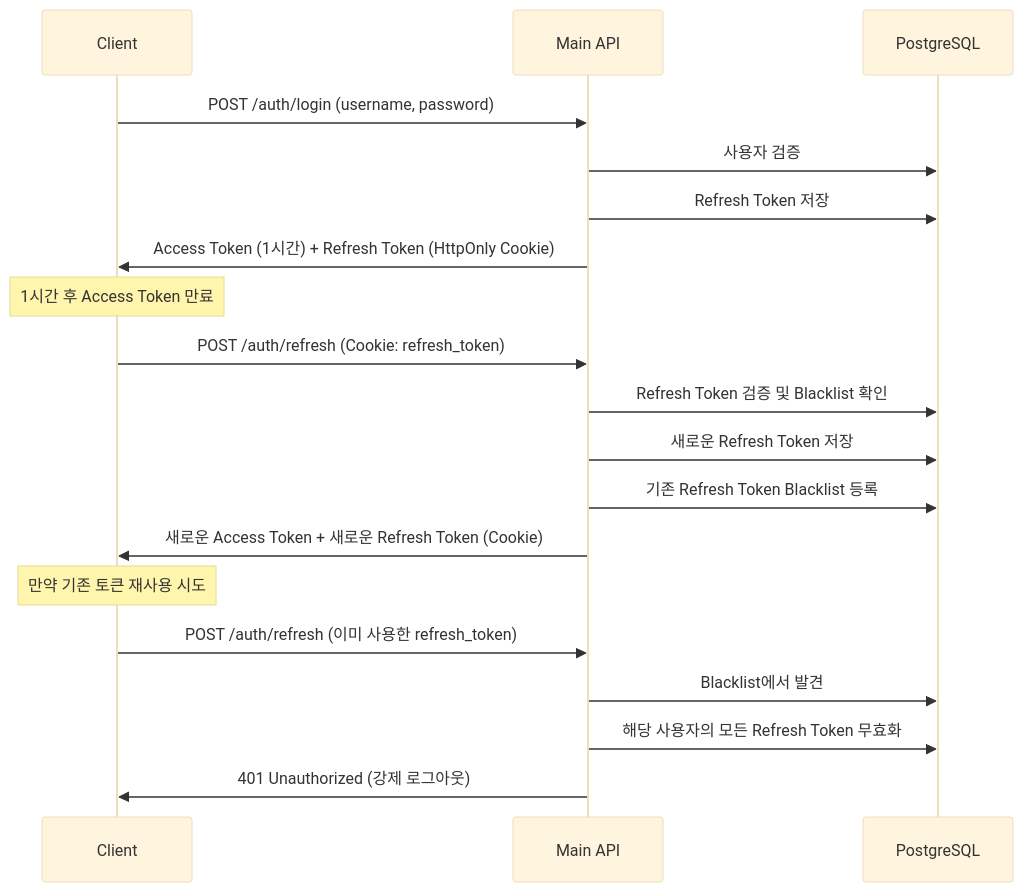
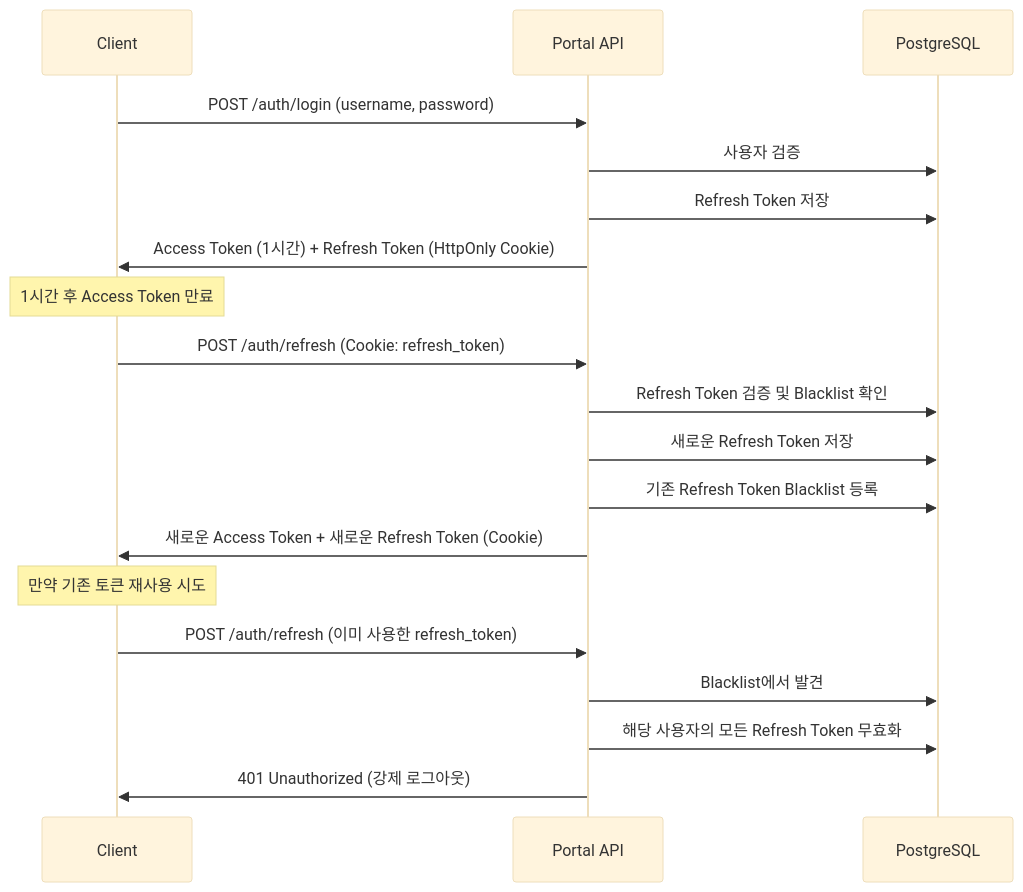
Before and after one commit to jokwangwon/portfolio-blog: the diagram in docs/architecture/jwt-security-enhancement.md, drawn with Mermaid (base theme). The commit also changed other lines of this file and 26 other files, not shown here.

````diff
--- a/docs/architecture/jwt-security-enhancement.md
+++ b/docs/architecture/jwt-security-enhancement.md
@@ -63,26 +63,26 @@
 ```mermaid
 sequenceDiagram
     participant C as Client
-    participant A as Main API
+    participant A as Portal API
     participant D as PostgreSQL
 
     C->>A: POST /auth/login (username, password)
     A->>D: 사용자 검증
     A->>D: Refresh Token 저장
     A->>C: Access Token (1시간) + Refresh Token (HttpOnly Cookie)
 
     Note over C: 1시간 후 Access Token 만료
 
     C->>A: POST /auth/refresh (Cookie: refresh_token)
     A->>D: Refresh Token 검증 및 Blacklist 확인
     A->>D: 새로운 Refresh Token 저장
     A->>D: 기존 Refresh Token Blacklist 등록
     A->>C: 새로운 Access Token + 새로운 Refresh Token (Cookie)
 
     Note over C: 만약 기존 토큰 재사용 시도
 
     C->>A: POST /auth/refresh (이미 사용한 refresh_token)
     A->>D: Blacklist에서 발견
     A->>D: 해당 사용자의 모든 Refresh Token 무효화
     A->>C: 401 Unauthorized (강제 로그아웃)
 ```
````
